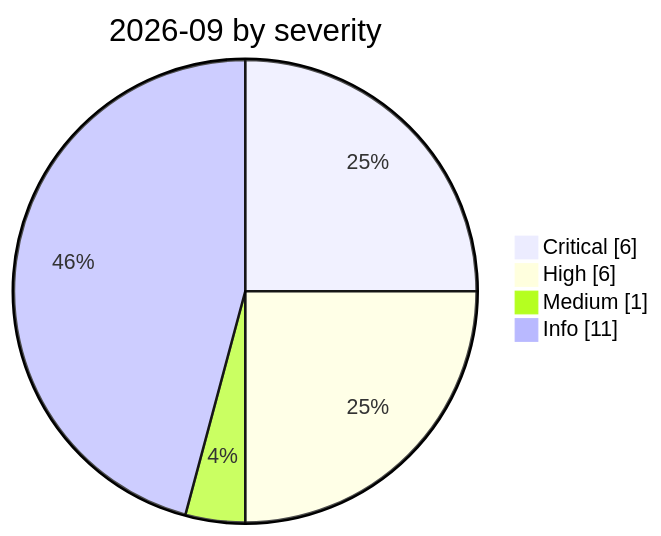
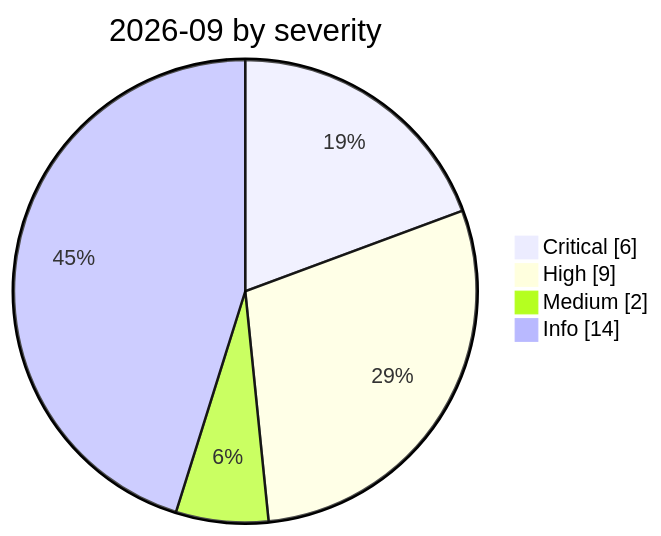
Before and after one commit to Continuum-AI-Corp/Orca-AI-Incident-Archive: the diagram in incidents/2026-09/README.md, drawn with Mermaid. The commit also changed other lines of this file and 41 other files, not shown here.

````diff
--- a/incidents/2026-09/README.md
+++ b/incidents/2026-09/README.md
@@ -8,8 +8,8 @@
 ```mermaid
 pie showData
     title 2026-09 by severity
     "Critical" : 6
-    "High" : 6
-    "Medium" : 1
-    "Info" : 11
+    "High" : 9
+    "Medium" : 2
+    "Info" : 14
 ```
````
